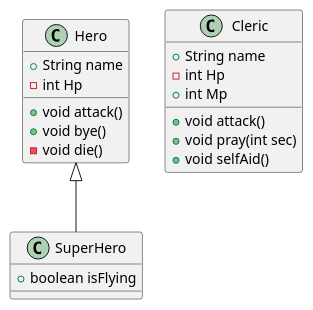
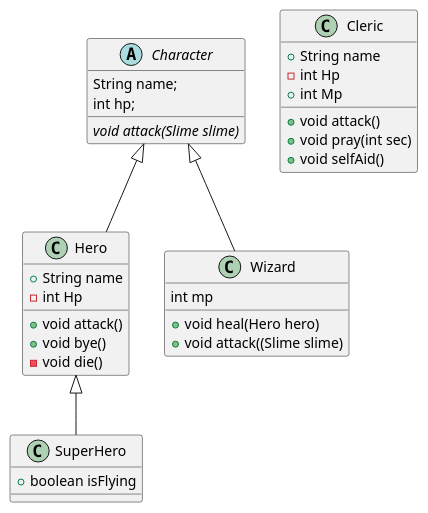
One commit to SurvivalCodingCampus/polytech_java_study changed the diagram in src/main/java/com/survivalcoding/game.puml. Above: the diagram before and after it, drawn with PlantUML. The commit also changed 11 other files, not shown here.

```diff
--- a/src/main/java/com/survivalcoding/game.puml
+++ b/src/main/java/com/survivalcoding/game.puml
@@ -1,29 +1,44 @@
 @startuml
 'https://plantuml.com/class-diagram
 
 class SuperHero extends Hero {
     +boolean isFlying
 }
 
-class Hero
+abstract class Character
+{
+    String name;
+    int hp;
+
+    {abstract} void attack(Slime slime)
+}
+
+class Hero extends Character
 {
     +String name
     -int Hp
 
     +void attack()
     +void bye()
     -void die()
+}
+
+class Wizard extends Character
+{
+    int mp
+    + void heal(Hero hero)
+    + void attack((Slime slime)
 }
 
 class Cleric
 {
         +String name
         -int Hp
         +int Mp
 
         +void attack()
         +void pray(int sec)
         +void selfAid()
 }
 
 @enduml
```
